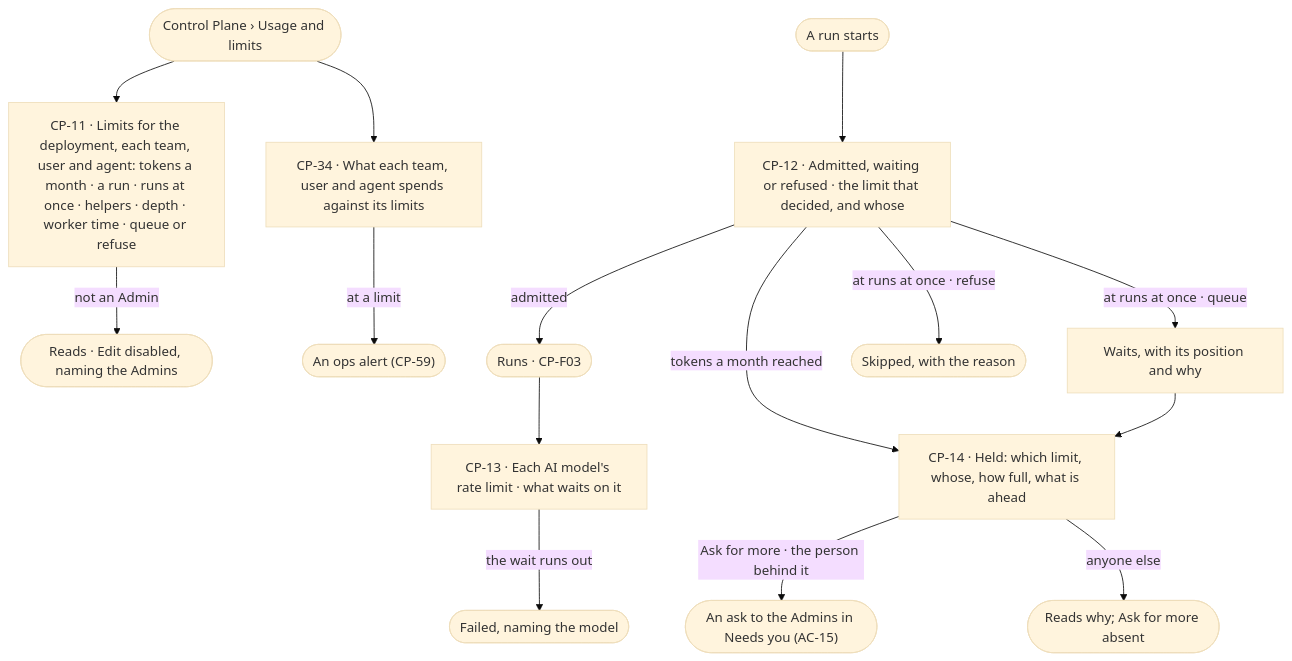
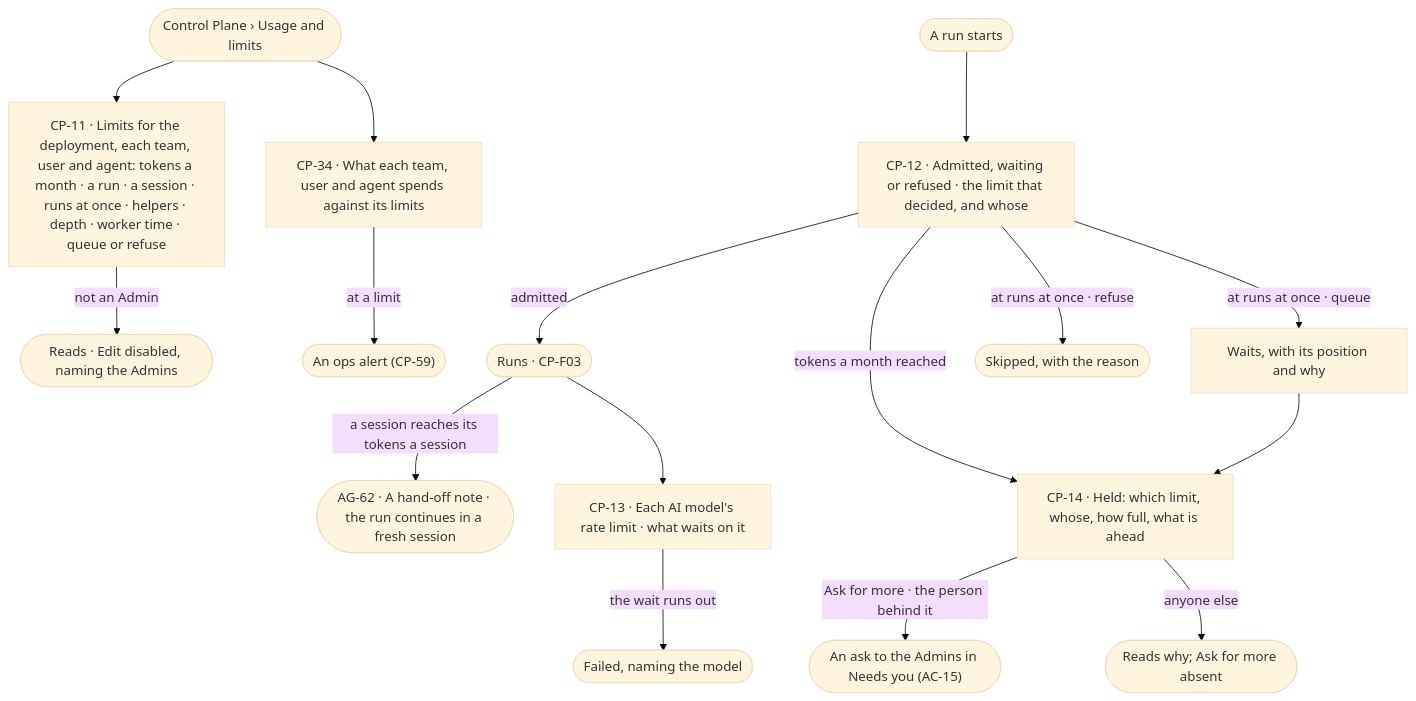
One commit to invana/invana changed the diagram in specs/os/control/features/CP-F04-limits/feature.md. Above: the diagram before and after it, drawn with Mermaid (base theme). The commit also changed other lines of this file and 300 other files, not shown here.

````diff
--- a/specs/os/control/features/CP-F04-limits/feature.md
+++ b/specs/os/control/features/CP-F04-limits/feature.md
@@ -25,17 +27,18 @@
 ```mermaid
 flowchart TD
-  s([Control Plane › Usage and limits]) --> lim["CP-11 · Limits for the deployment, each team, user and agent: tokens a month · a run · runs at once · helpers · depth · worker time · queue or refuse"]
+  s([Control Plane › Usage and limits]) --> lim["CP-11 · Limits for the deployment, each team, user and agent: tokens a month · a run · a session · runs at once · helpers · depth · worker time · queue or refuse"]
   lim -->|not an Admin| ro(["Reads · Edit disabled, naming the Admins"])
   s --> use["CP-34 · What each team, user and agent spends against its limits"]
   use -->|at a limit| al(["An ops alert (CP-59)"])
   start([A run starts]) --> adm["CP-12 · Admitted, waiting or refused · the limit that decided, and whose"]
   adm -->|admitted| go(["Runs · CP-F03"])
+  go -->|a session reaches its tokens a session| cont(["AG-62 · A hand-off note · the run continues in a fresh session"])
   adm -->|at runs at once · queue| w["Waits, with its position and why"]
   adm -->|at runs at once · refuse| no(["Skipped, with the reason"])
   adm -->|tokens a month reached| held["CP-14 · Held: which limit, whose, how full, what is ahead"]
   go --> ai["CP-13 · Each AI model's rate limit · what waits on it"]
   ai -->|the wait runs out| f(["Failed, naming the model"])
   w --> held
   held -->|Ask for more · the person behind it| ask(["An ask to the Admins in Needs you (AC-15)"])
   held -->|anyone else| why(["Reads why; Ask for more absent"])
 ```
````
